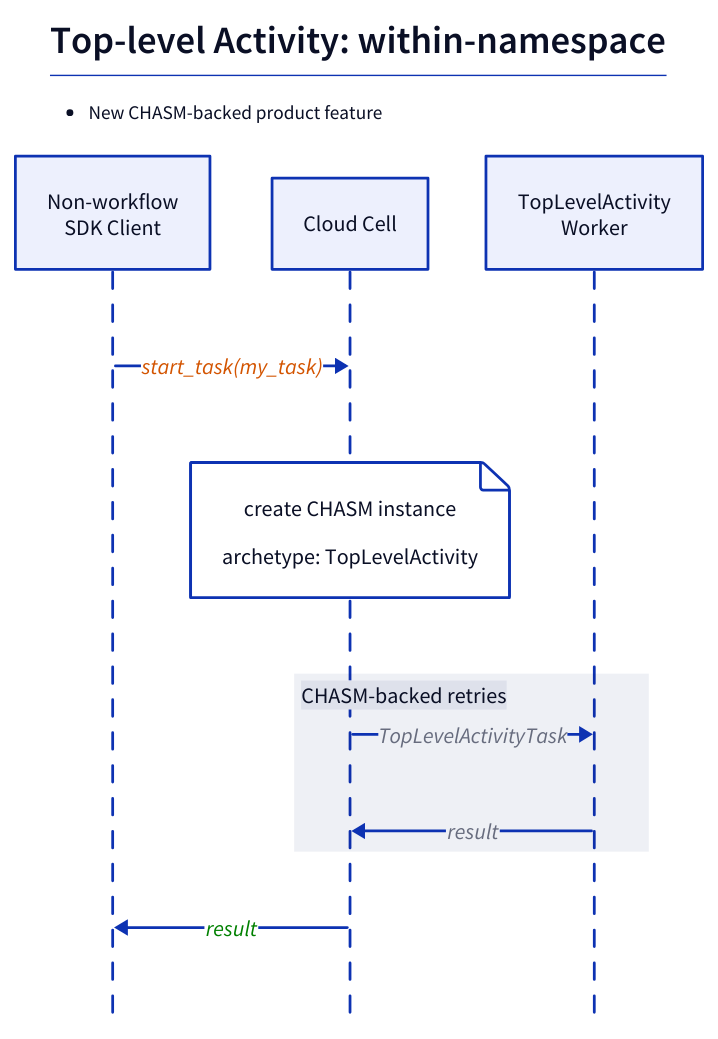
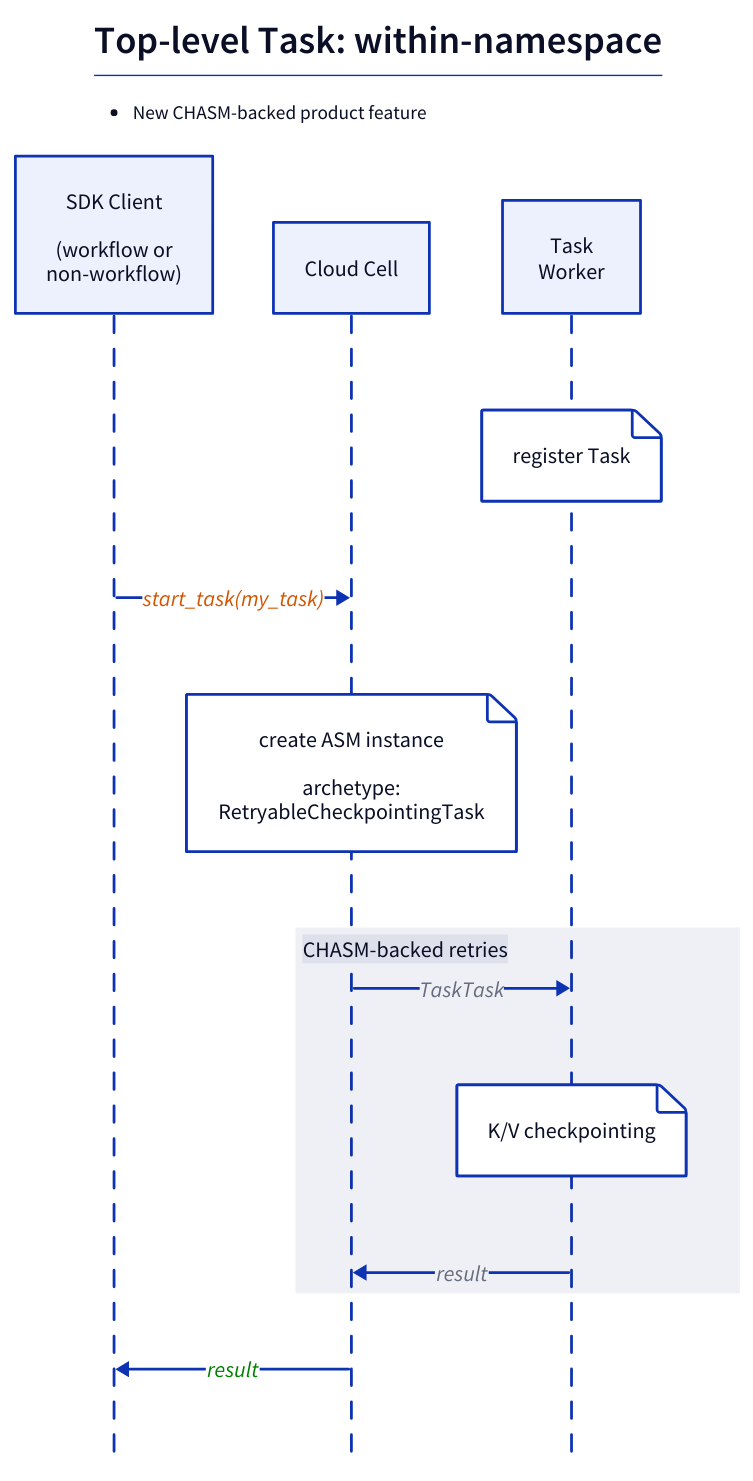
The diagram in diagrams/tla-1a-new-feature.d2 (dandavison/temporalio-notes), drawn with D2 before and after one commit. The commit also changed 3 other files, not shown here.

```diff
--- a/diagrams/tla-1a-new-feature.d2
+++ b/diagrams/tla-1a-new-feature.d2
@@ -1,36 +1,39 @@
 shape: sequence_diagram
 
 explanation: |md
-  # Top-level Activity: within-namespace
+  # Top-level Task: within-namespace
   - New CHASM-backed product feature
 | {
   near: top-center
   style.font-size: 14
 }
 
 C: {
-  label: "Non-workflow\nSDK Client"
+  label: "SDK Client\n\n(workflow or\nnon-workflow)"
 }
 
 S: {
   label: "Cloud Cell"
 }
 
 TW: {
-  label: "TopLevelActivity\nWorker"
+  label: "Task\nWorker"
 }
+
+TW.0: "register Task"
 
 C -> S: start_task(my_task) {
   style.font-color: "#D35400"
 }
 
-S.note: create CHASM instance\n\narchetype: TopLevelActivity
+S.1: create ASM instance\n\narchetype:\nRetryableCheckpointingTask
 
 with_retries: "CHASM-backed retries" {
-  S -> TW: TopLevelActivityTask
+  S -> TW: TaskTask
+  TW.1: "K/V checkpointing"
   TW -> S: result
 }
 
 S -> C: result {
   style.font-color: "green"
 }
```
